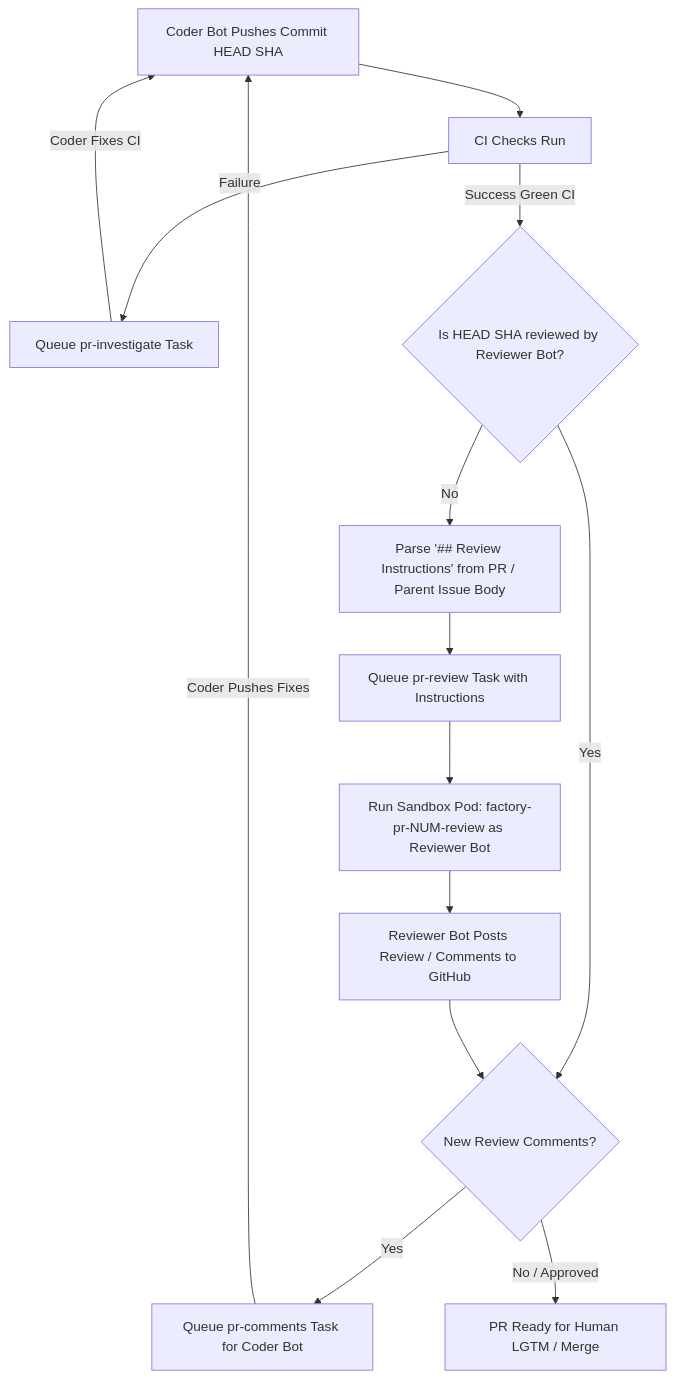
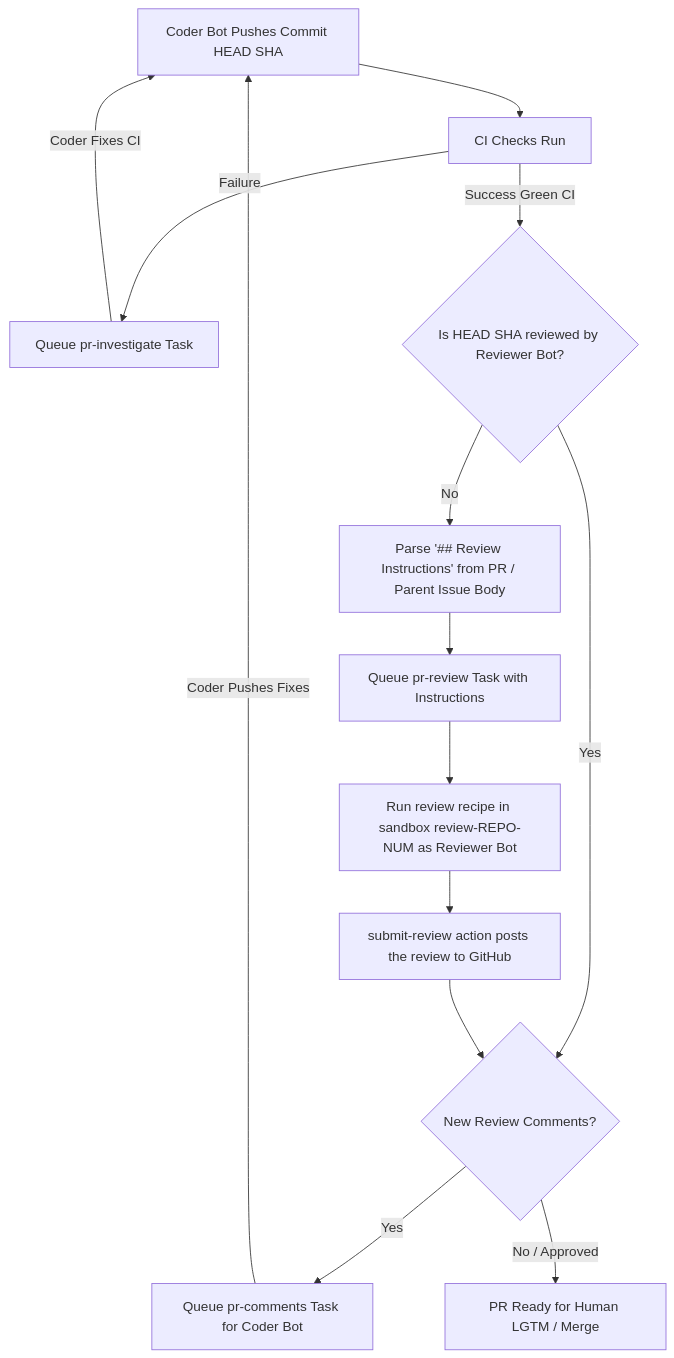
One commit to gke-labs/gemini-for-kubernetes-development changed the diagram in factory/design/pr-automated-review.md. Above: the diagram before and after it, drawn with Mermaid. The commit also changed other lines of this file and 31 other files, not shown here.

````diff
--- a/factory/design/pr-automated-review.md
+++ b/factory/design/pr-automated-review.md
@@ -20,16 +22,16 @@
 ```mermaid
 graph TD
     A[Coder Bot Pushes Commit HEAD SHA] --> B[CI Checks Run]
     B -->|Failure| C[Queue pr-investigate Task]
     C -->|Coder Fixes CI| A
     B -->|Success Green CI| D{Is HEAD SHA reviewed by Reviewer Bot?}
     D -->|Yes| E{New Review Comments?}
     D -->|No| F[Parse '## Review Instructions' from PR / Parent Issue Body]
     F --> G[Queue pr-review Task with Instructions]
-    G --> H[Run Sandbox Pod: factory-pr-NUM-review as Reviewer Bot]
-    H --> I[Reviewer Bot Posts Review / Comments to GitHub]
+    G --> H[Run review recipe in sandbox review-REPO-NUM as Reviewer Bot]
+    H --> I[submit-review action posts the review to GitHub]
     I --> E
     E -->|Yes| J[Queue pr-comments Task for Coder Bot]
     J -->|Coder Pushes Fixes| A
     E -->|No / Approved| K[PR Ready for Human LGTM / Merge]
 ```
````
